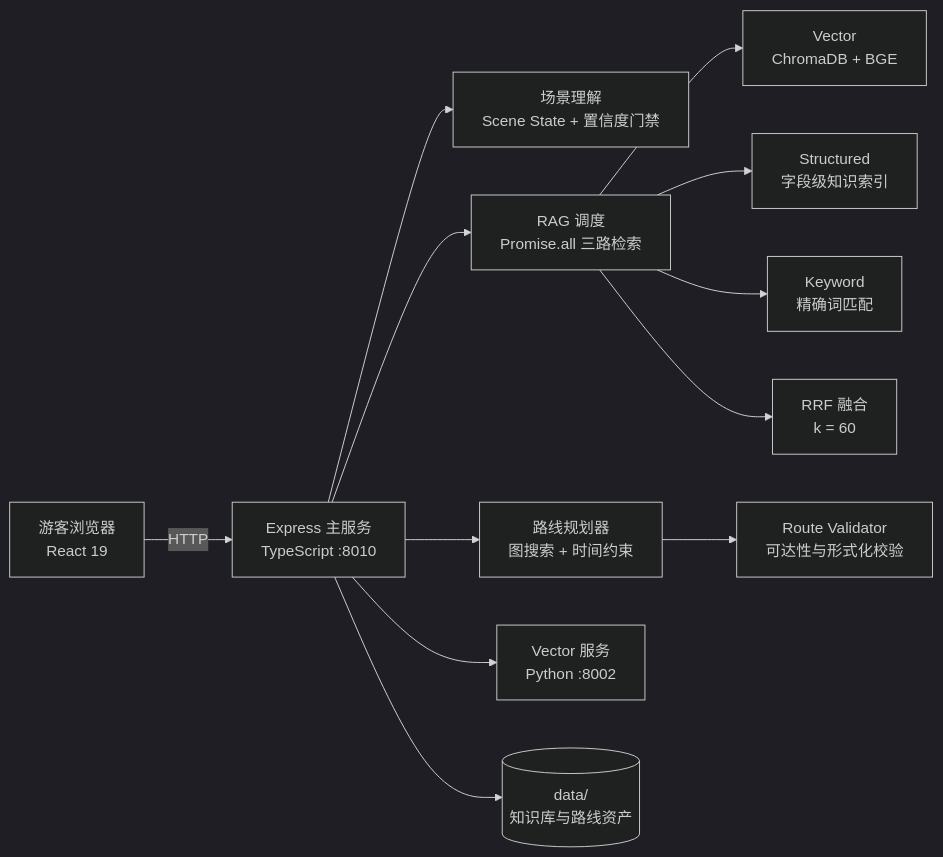
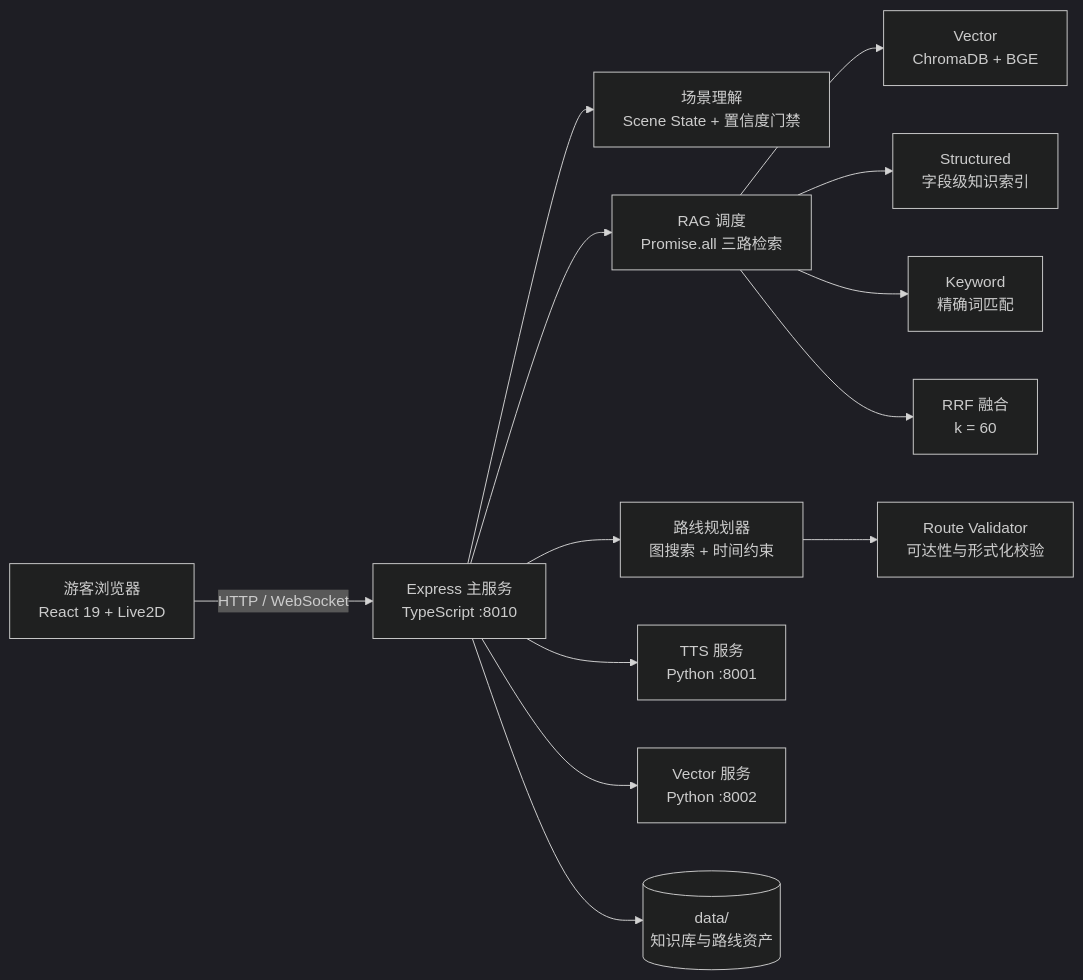
One commit to Mao123-doc/lingshan-ai-guide changed the diagram in README.md. Above: the diagram before and after it, drawn with Mermaid (dark theme). The commit also changed other lines of this file and 285 other files, not shown here.

Commit message:
feat: restore full pre-Oct 03 version with Python 8001 TTS, ASR, live2d and full materials

````diff
--- a/README.md
+++ b/README.md
@@ -45,14 +39,15 @@
 ```mermaid
 flowchart LR
-    U[游客浏览器\nReact 19] -->|HTTP| A[Express 主服务\nTypeScript :8010]
+    U[游客浏览器\nReact 19 + Live2D] -->|HTTP / WebSocket| A[Express 主服务\nTypeScript :8010]
     A --> Q[场景理解\nScene State + 置信度门禁]
     A --> R[RAG 调度\nPromise.all 三路检索]
     R --> V[Vector\nChromaDB + BGE]
     R --> S[Structured\n字段级知识索引]
     R --> K[Keyword\n精确词匹配]
     R --> F[RRF 融合\nk = 60]
     A --> P[路线规划器\n图搜索 + 时间约束]
     P --> C[Route Validator\n可达性与形式化校验]
+    A --> T[TTS 服务\nPython :8001]
     A --> X[Vector 服务\nPython :8002]
     A --> D[(data/\n知识库与路线资产)]
 ```
````
